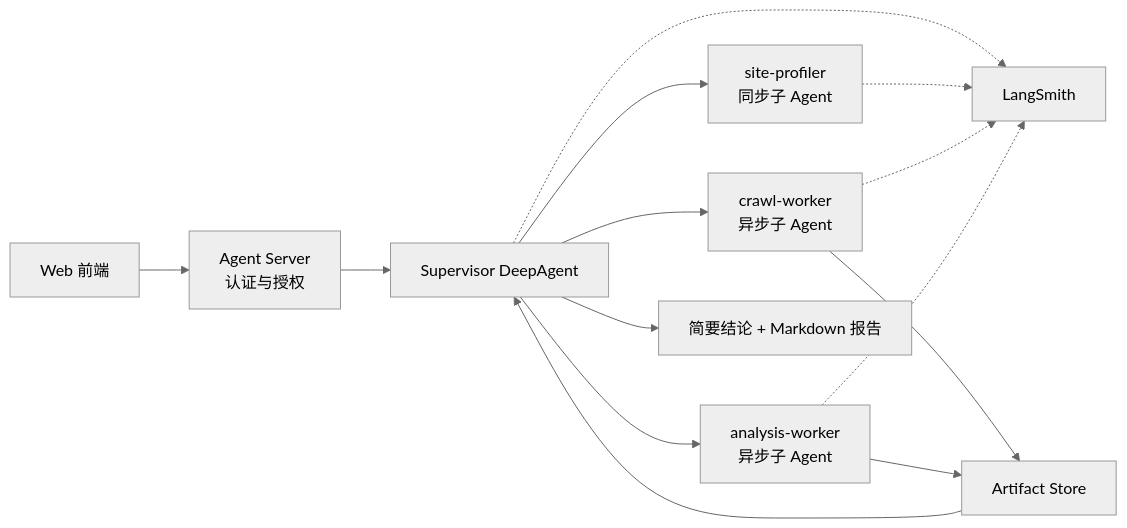
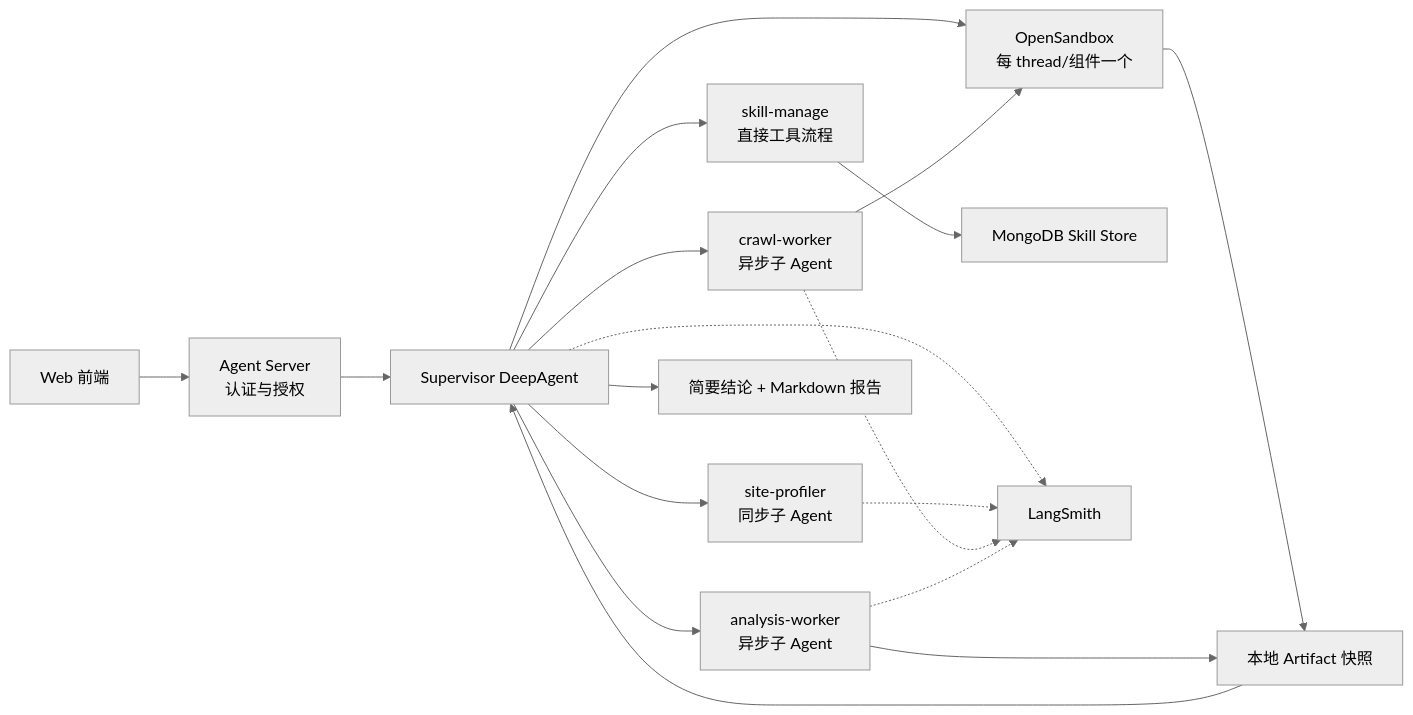
One commit to Master-Q-i-a-n/deep-data-research-agent changed the diagram in docs/design.md. Above: the diagram before and after it, drawn with Mermaid (neutral theme). The commit also changed other lines of this file and 28 other files, not shown here.

````diff
--- a/docs/design.md
+++ b/docs/design.md
@@ -42,16 +39,20 @@
 ```mermaid
 flowchart LR
     U["Web 前端"] --> A["Agent Server<br/>认证与授权"]
     A --> S["Supervisor DeepAgent"]
     S --> P["site-profiler<br/>同步子 Agent"]
     S --> C["crawl-worker<br/>异步子 Agent"]
+    S --> K["skill-manage<br/>直接工具流程"]
     S --> D["analysis-worker<br/>异步子 Agent"]
-    C --> O["Artifact Store"]
+    S --> X["OpenSandbox<br/>每 thread/组件一个"]
+    C --> X
+    K --> M["MongoDB Skill Store"]
+    X --> O["本地 Artifact 快照"]
     D --> O
     O --> S
     S --> R["简要结论 + Markdown 报告"]
     S -.-> L["LangSmith"]
     P -.-> L
     C -.-> L
     D -.-> L
 ```
````
